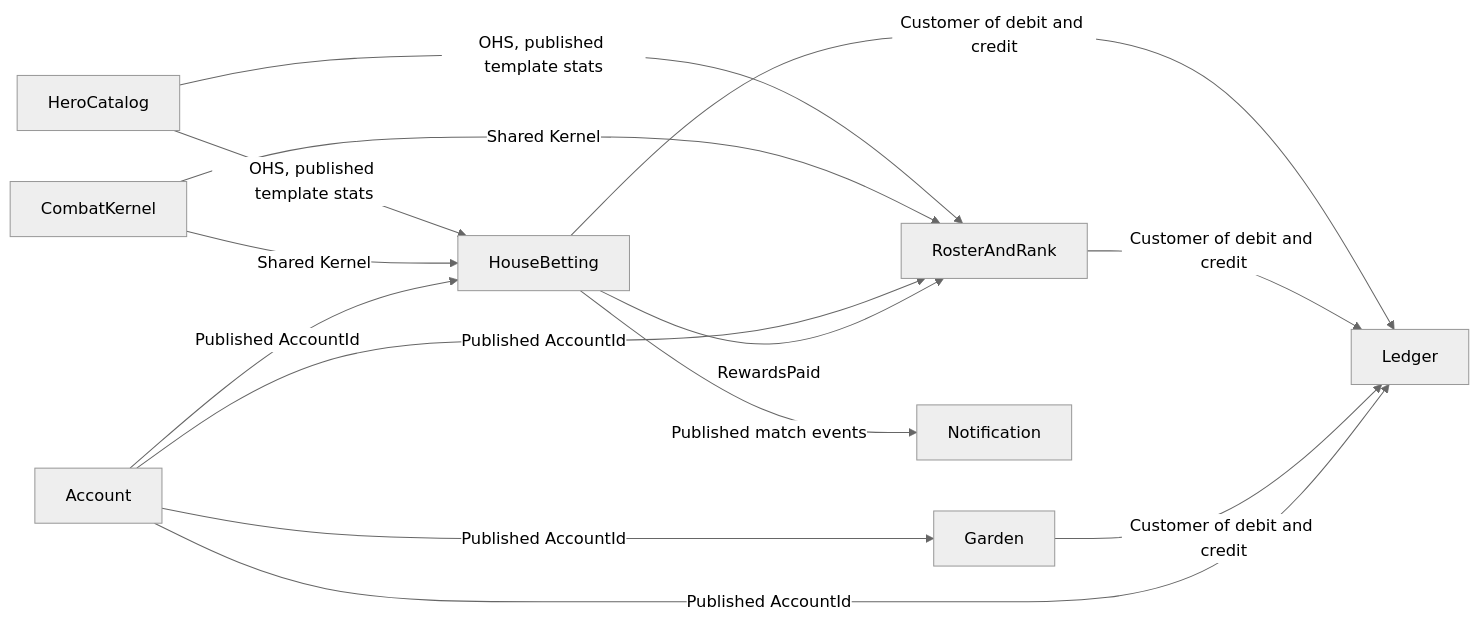
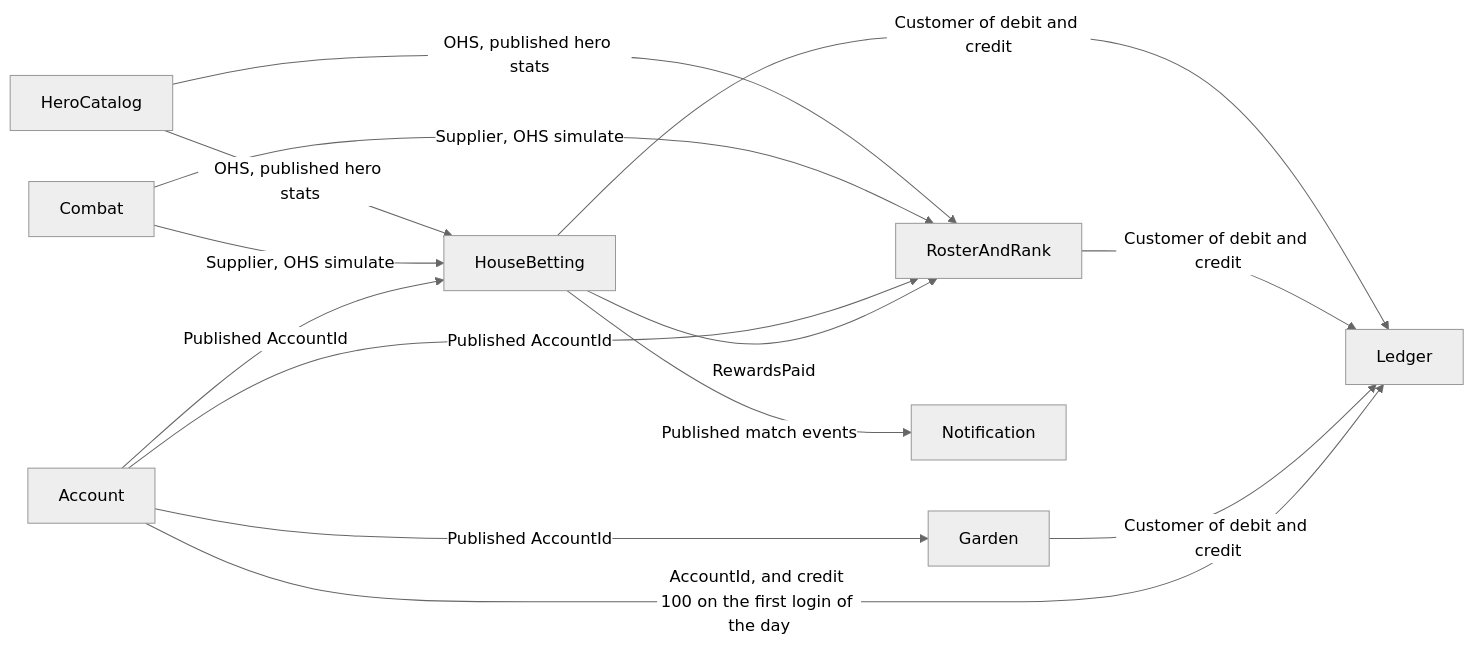
The diagram in .kiro/specs/ddd-refactor/strategic-design.md (fightlightdiamond/game-be), drawn with Mermaid (neutral theme) before and after one commit. The commit also changed other lines of this file and 13 other files, not shown here.

````diff
--- a/.kiro/specs/ddd-refactor/strategic-design.md
+++ b/.kiro/specs/ddd-refactor/strategic-design.md
@@ -276,25 +182,25 @@
 ```mermaid
 flowchart LR
   catalog[HeroCatalog]
-  combat[CombatKernel]
+  combat[Combat]
   arena[HouseBetting]
   roster[RosterAndRank]
   garden[Garden]
   ledger[Ledger]
   identity[Account]
   notify[Notification]
 
-  catalog -->|"OHS, published template stats"| arena
-  catalog -->|"OHS, published template stats"| roster
-  combat -->|"Shared Kernel"| arena
-  combat -->|"Shared Kernel"| roster
+  catalog -->|"OHS, published hero stats"| arena
+  catalog -->|"OHS, published hero stats"| roster
+  combat -->|"Supplier, OHS simulate"| arena
+  combat -->|"Supplier, OHS simulate"| roster
   arena -->|"Customer of debit and credit"| ledger
   roster -->|"Customer of debit and credit"| ledger
   garden -->|"Customer of debit and credit"| ledger
-  identity -->|"Published AccountId"| ledger
+  identity -->|"AccountId, and credit 100 on the first login of the day"| ledger
   identity -->|"Published AccountId"| arena
   identity -->|"Published AccountId"| roster
   identity -->|"Published AccountId"| garden
   arena -->|"Published match events"| notify
   arena -->|"RewardsPaid"| roster
 ```
````
